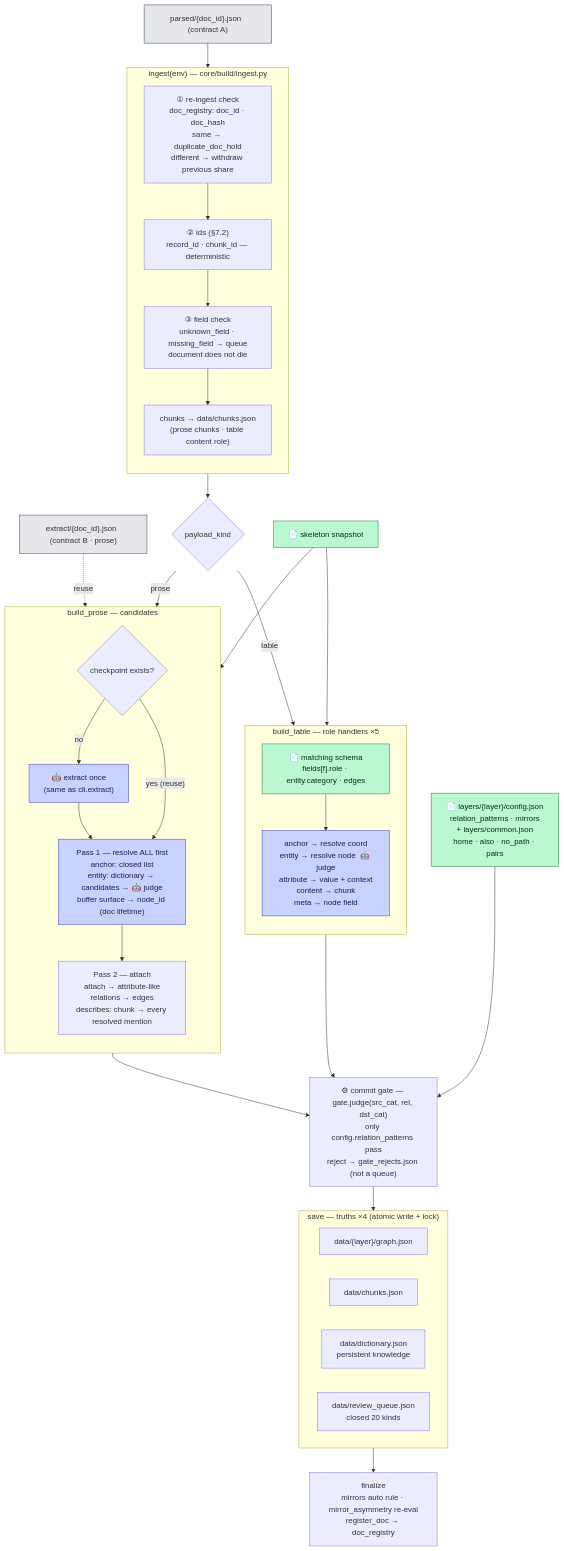
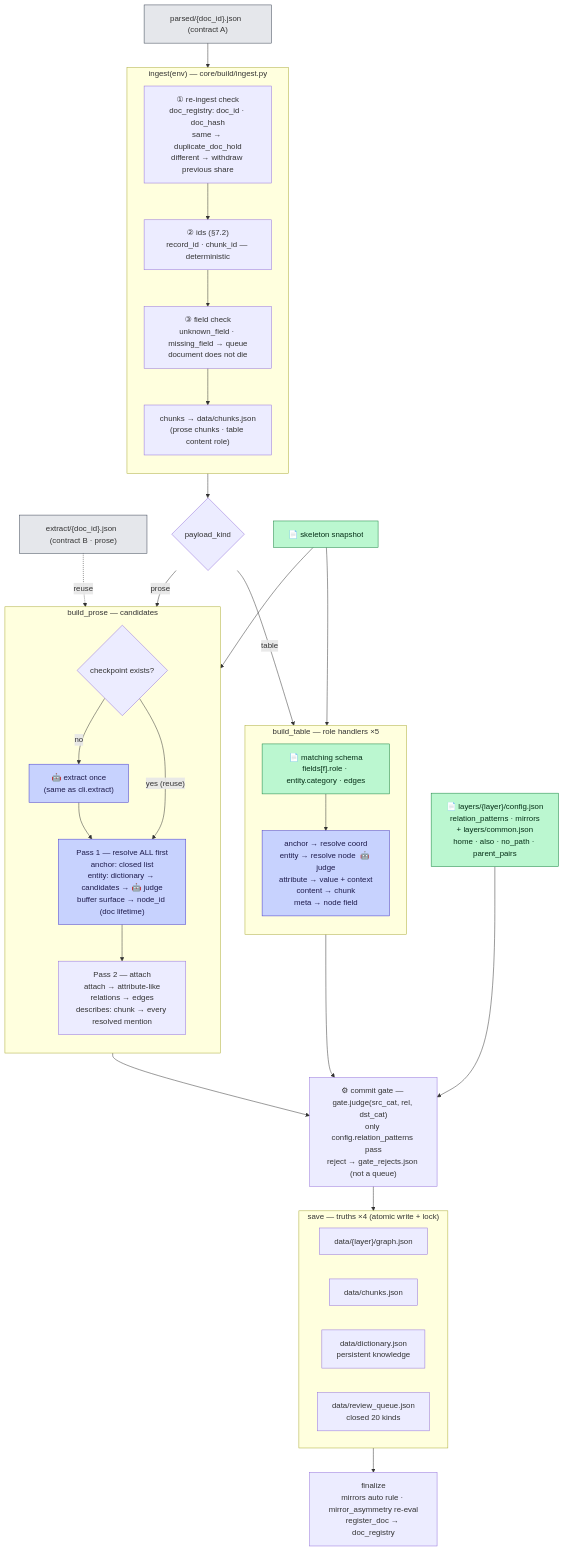
Before and after one commit to playjae0/ontology_system: the diagram in docs/구조도/03_구축.md, drawn with Mermaid. The commit also changed other lines of this file and 58 other files, not shown here.

````diff
--- a/docs/구조도/03_구축.md
+++ b/docs/구조도/03_구축.md
@@ -12,65 +12,65 @@
 ```mermaid
 flowchart TD
   PJ["parsed/{doc_id}.json  (contract A)"]
   EJ["extract/{doc_id}.json  (contract B · prose)"]
 
   subgraph ING["ingest(env) — core/build/ingest.py"]
     direction TB
     RE["① re-ingest check<br/>doc_registry: doc_id · doc_hash<br/>same → duplicate_doc_hold<br/>different → withdraw previous share"]
     ID["② ids (§7.2)<br/>record_id · chunk_id — deterministic"]
     FC["③ field check<br/>unknown_field · missing_field → queue<br/>document does not die"]
     CH["chunks → data/chunks.json<br/>(prose chunks · table content role)"]
     RE --> ID --> FC --> CH
   end
   PJ --> RE
 
   BR{"payload_kind"}
   CH --> BR
 
   subgraph TB["build_table — role handlers ×5"]
     direction TB
     SC["📄 matching schema<br/>fields[f].role · entity.category · edges"]
     HD["anchor → resolve coord<br/>entity → resolve node  🤖 judge<br/>attribute → value + context<br/>content → chunk<br/>meta → node field"]
     SC --> HD
   end
 
   subgraph PB["build_prose — candidates"]
     direction TB
     CK{"checkpoint exists?"}
     EX["🤖 extract once<br/>(same as cli.extract)"]
     P1["Pass 1 — resolve ALL first<br/>anchor: closed list<br/>entity: dictionary → candidates → 🤖 judge<br/>buffer surface → node_id (doc lifetime)"]
     P2["Pass 2 — attach<br/>attach → attribute-like<br/>relations → edges<br/>describes: chunk → every resolved mention"]
     CK -- "no" --> EX --> P1
     CK -- "yes (reuse)" --> P1
     P1 --> P2
   end
   BR -- "table" --> SC
   BR -- "prose" --> CK
   EJ -. "reuse" .-> CK
 
   GT["⚙ commit gate — gate.judge(src_cat, rel, dst_cat)<br/>only config.relation_patterns pass<br/>reject → gate_rejects.json (not a queue)"]
   HD --> GT
   P2 --> GT
 
   subgraph SAVE["save — truths ×4  (atomic write + lock)"]
     direction LR
     G["data/{layer}/graph.json"]
     C["data/chunks.json"]
     D["data/dictionary.json<br/>persistent knowledge"]
     Q["data/review_queue.json<br/>closed 20 kinds"]
   end
   GT --> SAVE
   FIN["finalize<br/>mirrors auto rule · mirror_asymmetry re-eval<br/>register_doc → doc_registry"]
   SAVE --> FIN
 
-  CFG["📄 layers/{layer}/config.json<br/>relation_patterns · mirrors<br/>+ layers/common.json<br/>home · also · no_path · pairs"] --> GT
+  CFG["📄 layers/{layer}/config.json<br/>relation_patterns · mirrors<br/>+ layers/common.json<br/>home · also · no_path · parent_pairs"] --> GT
   SK["📄 skeleton snapshot"] --> P1
   SK --> HD
 
   classDef llm fill:#c7d2fe,stroke:#4338ca,color:#1e1b4b
   classDef asset fill:#bbf7d0,stroke:#15803d,color:#052e16
   classDef file fill:#e5e7eb,stroke:#374151
   class EX,HD,P1 llm
   class SC,CFG,SK asset
   class PJ,EJ file
 ```
````
